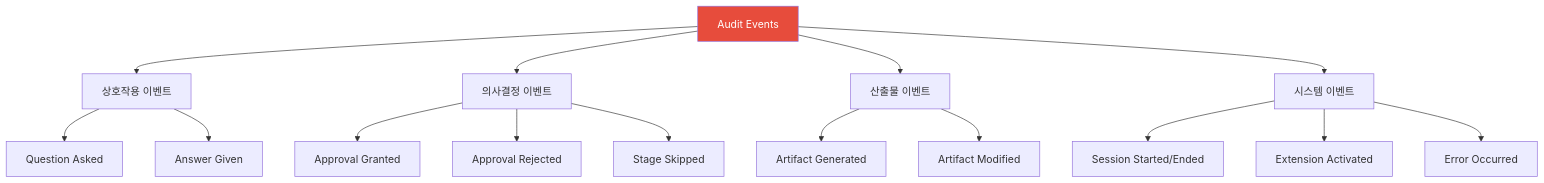
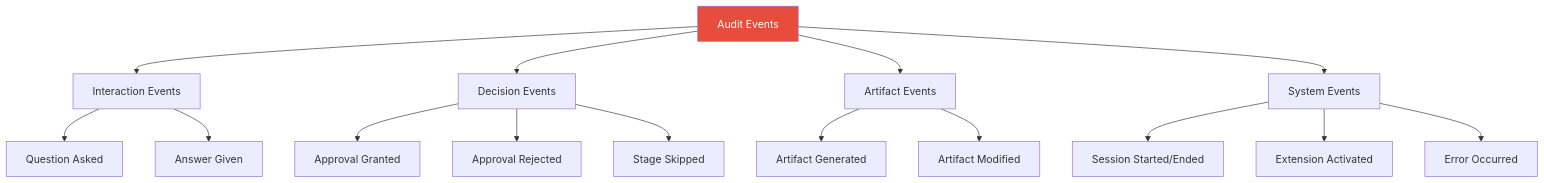
The third of 5 diagrams in docs/aidlc/operations/audit-governance.md (devfloor9/engineering-playbook), drawn with Mermaid before and after one commit. The commit also changed other lines of this file and 954 other files, not shown here.

````diff
--- a/docs/aidlc/operations/audit-governance.md
+++ b/docs/aidlc/operations/audit-governance.md
@@ -195,23 +197,23 @@
 ```mermaid
 graph TB
-    AUDIT[Audit Events] --> INTERACT[상호작용 이벤트]
-    AUDIT --> DECISION[의사결정 이벤트]
-    AUDIT --> ARTIFACT[산출물 이벤트]
-    AUDIT --> SYSTEM[시스템 이벤트]
+    AUDIT[Audit Events] --> INTERACT[Interaction Events]
+    AUDIT --> DECISION[Decision Events]
+    AUDIT --> ARTIFACT[Artifact Events]
+    AUDIT --> SYSTEM[System Events]
 
     INTERACT --> Q[Question Asked]
     INTERACT --> A[Answer Given]
 
     DECISION --> AP[Approval Granted]
     DECISION --> RJ[Approval Rejected]
     DECISION --> SK[Stage Skipped]
 
     ARTIFACT --> GEN[Artifact Generated]
     ARTIFACT --> MOD[Artifact Modified]
 
     SYSTEM --> SES[Session Started/Ended]
     SYSTEM --> EXT[Extension Activated]
     SYSTEM --> ERR[Error Occurred]
 
     style AUDIT fill:#e74c3c,color:#fff
 ```
````
